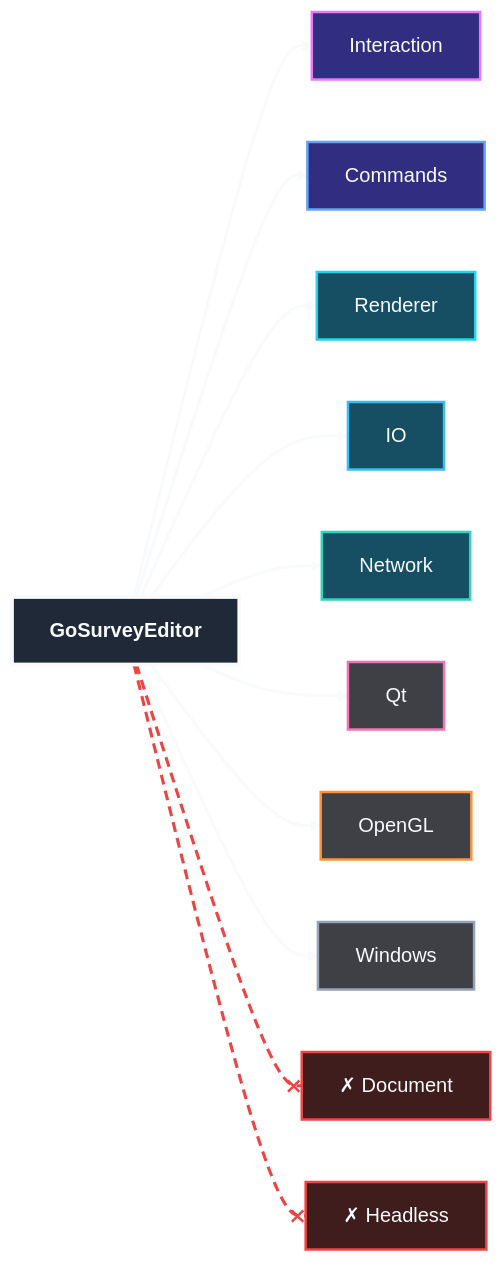
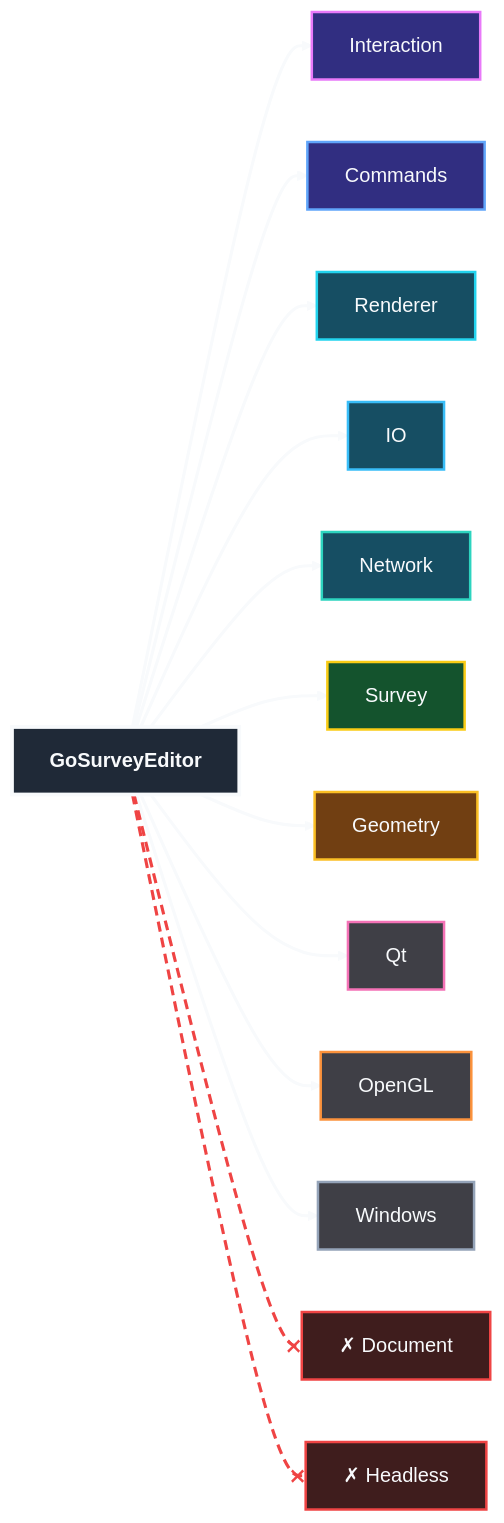
One commit to chetjones003/GoSurvey changed the first of 42 diagrams in docs/architecture/system-dependencies.md. Above: the diagram before and after it, drawn with Mermaid. The commit also changed other lines of this file and 105 other files, not shown here.

````diff
--- a/docs/architecture/system-dependencies.md
+++ b/docs/architecture/system-dependencies.md
@@ -28,45 +28,53 @@
 ```mermaid
 flowchart LR
   editor__src["<b>GoSurveyEditor</b>"]
   editor__interaction["Interaction"]
   editor__commands["Commands"]
   editor__renderer["Renderer"]
   editor__io["IO"]
   editor__network["Network"]
+  editor__survey["Survey"]
+  editor__geometry["Geometry"]
   editor__pqt["Qt"]
   editor__pgl["OpenGL"]
   editor__pwin["Windows"]
   editor__x_document["✗ Document"]
   editor__x_phead["✗ Headless"]
   editor__src --> editor__interaction
   editor__src --> editor__commands
   editor__src --> editor__renderer
   editor__src --> editor__io
   editor__src --> editor__network
+  editor__src --> editor__survey
+  editor__src --> editor__geometry
   editor__src --> editor__pqt
   editor__src --> editor__pgl
   editor__src --> editor__pwin
   editor__src -.-x editor__x_document
   editor__src -.-x editor__x_phead
   style editor__src fill:#1f2937,stroke:#f8fafc,stroke-width:3px,color:#f8fafc
   style editor__interaction fill:#312e81,stroke:#e879f9,stroke-width:2px,color:#f8fafc
   style editor__commands fill:#312e81,stroke:#60a5fa,stroke-width:2px,color:#f8fafc
   style editor__renderer fill:#164e63,stroke:#22d3ee,stroke-width:2px,color:#f8fafc
   style editor__io fill:#164e63,stroke:#38bdf8,stroke-width:2px,color:#f8fafc
   style editor__network fill:#164e63,stroke:#2dd4bf,stroke-width:2px,color:#f8fafc
+  style editor__survey fill:#14532d,stroke:#facc15,stroke-width:2px,color:#f8fafc
+  style editor__geometry fill:#713f12,stroke:#fbbf24,stroke-width:2px,color:#f8fafc
   style editor__pqt fill:#3f3f46,stroke:#f472b6,stroke-width:2px,color:#f8fafc
   style editor__pgl fill:#3f3f46,stroke:#fb923c,stroke-width:2px,color:#f8fafc
   style editor__pwin fill:#3f3f46,stroke:#94a3b8,stroke-width:2px,color:#f8fafc
   style editor__x_document fill:#3f1d1d,stroke:#ef4444,stroke-width:2px,color:#f8fafc
   style editor__x_phead fill:#3f1d1d,stroke:#ef4444,stroke-width:2px,color:#f8fafc
   linkStyle 0 stroke:#f8fafc,stroke-width:2.5px
   linkStyle 1 stroke:#f8fafc,stroke-width:2.5px
   linkStyle 2 stroke:#f8fafc,stroke-width:2.5px
   linkStyle 3 stroke:#f8fafc,stroke-width:2.5px
   linkStyle 4 stroke:#f8fafc,stroke-width:2.5px
   linkStyle 5 stroke:#f8fafc,stroke-width:2.5px
   linkStyle 6 stroke:#f8fafc,stroke-width:2.5px
   linkStyle 7 stroke:#f8fafc,stroke-width:2.5px
-  linkStyle 8 stroke:#ef4444,stroke-width:2.5px,stroke-dasharray:8 5
-  linkStyle 9 stroke:#ef4444,stroke-width:2.5px,stroke-dasharray:8 5
+  linkStyle 8 stroke:#f8fafc,stroke-width:2.5px
+  linkStyle 9 stroke:#f8fafc,stroke-width:2.5px
+  linkStyle 10 stroke:#ef4444,stroke-width:2.5px,stroke-dasharray:8 5
+  linkStyle 11 stroke:#ef4444,stroke-width:2.5px,stroke-dasharray:8 5
 ```
````
